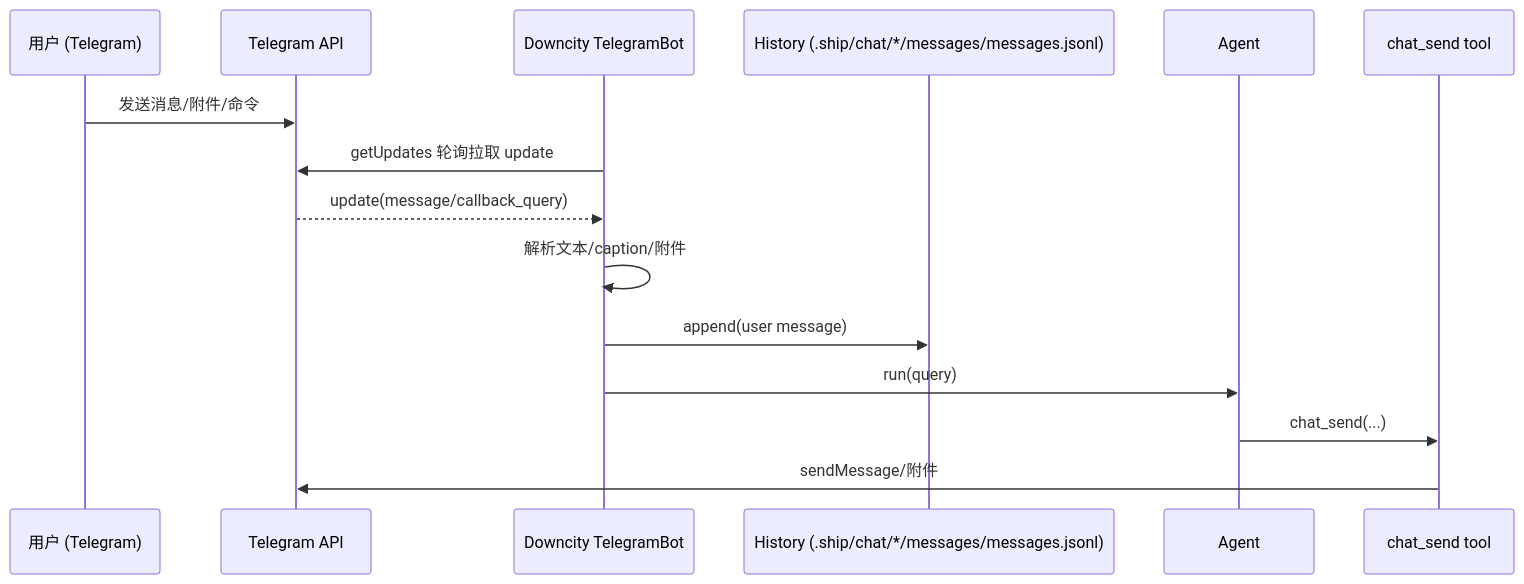
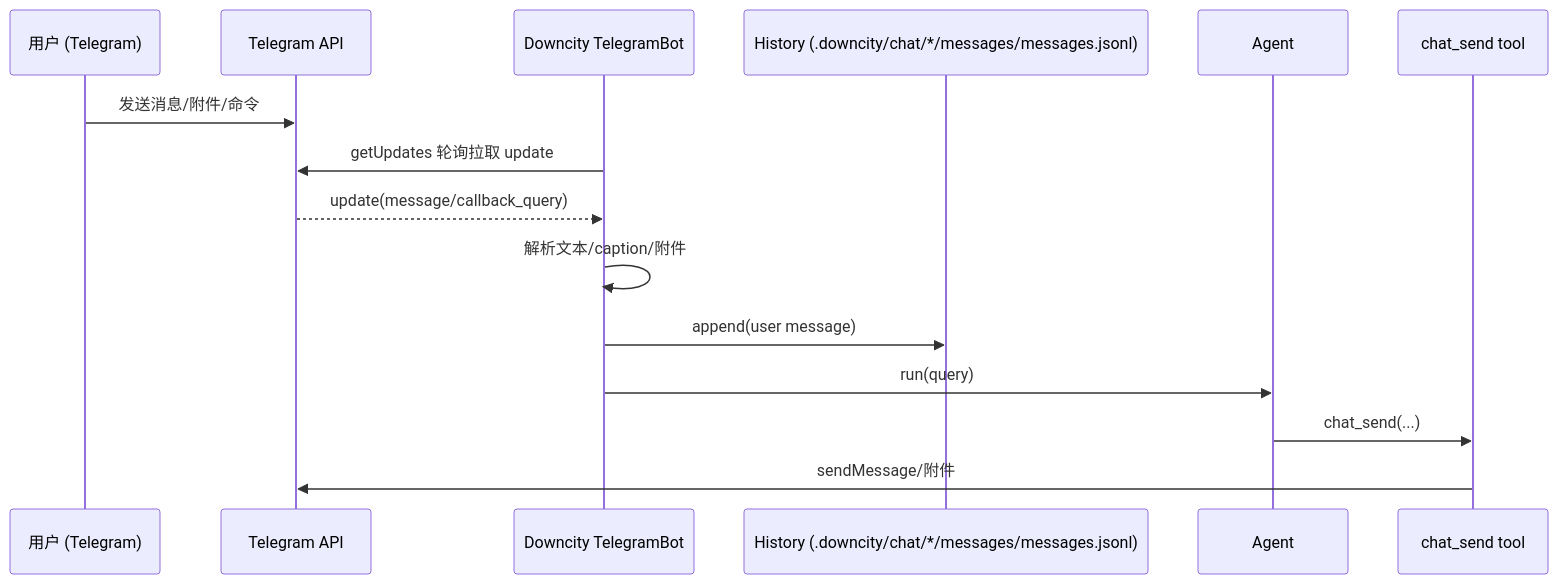
Before and after one commit to wangenius/downcity: the diagram in homepage/content/docs/zh/services/chat/telegram-message-flow.mdx, drawn with Mermaid. The commit also changed other lines of this file and 240 other files, not shown here.

````diff
--- a/homepage/content/docs/zh/services/chat/telegram-message-flow.mdx
+++ b/homepage/content/docs/zh/services/chat/telegram-message-flow.mdx
@@ -16,19 +16,19 @@
 ```mermaid
 sequenceDiagram
   participant U as 用户 (Telegram)
   participant TG as Telegram API
   participant BOT as Downcity TelegramBot
-  participant CS as History (.ship/chat/*/messages/messages.jsonl)
+  participant CS as History (.downcity/chat/*/messages/messages.jsonl)
   participant RT as Agent
   participant T as chat_send tool
 
   U->>TG: 发送消息/附件/命令
   BOT->>TG: getUpdates 轮询拉取 update
   TG-->>BOT: update(message/callback_query)
 
   BOT->>BOT: 解析文本/caption/附件
   BOT->>CS: append(user message)
   BOT->>RT: run(query)
   RT->>T: chat_send(...)
   T->>TG: sendMessage/附件
 ```
````
